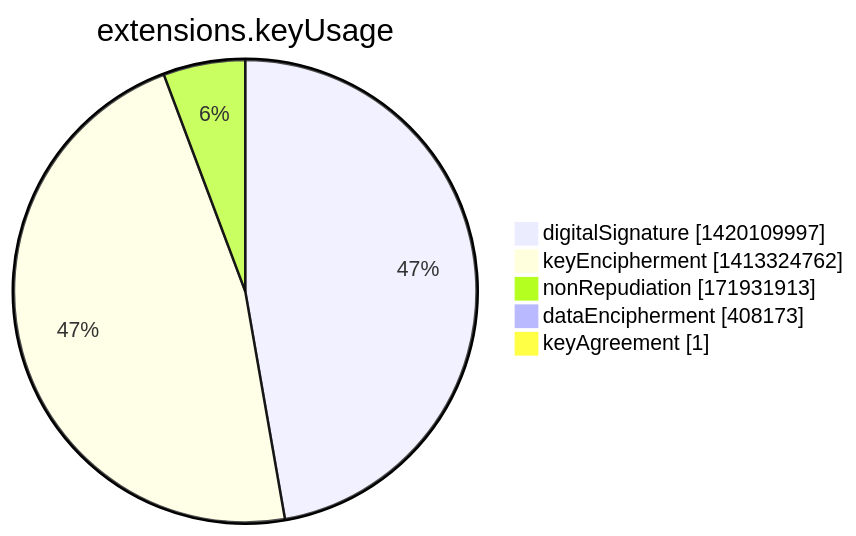
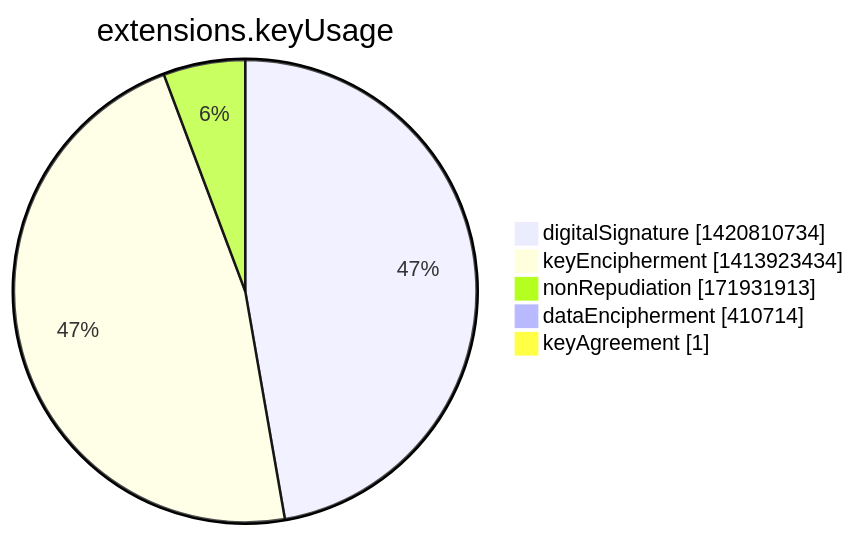
One commit to christiankrug/ctmonitor_visualization changed the seventh of 15 diagrams in argon2022/README.md. Above: the diagram before and after it, drawn with Mermaid. The commit also changed other lines of this file, not shown here.

````diff
--- a/argon2022/README.md
+++ b/argon2022/README.md
@@ -2751,9 +2751,9 @@
 ```mermaid
 pie showData
 title extensions.keyUsage
-"digitalSignature" :1420109997
-"keyEncipherment" :1413324762
+"digitalSignature" :1420810734
+"keyEncipherment" :1413923434
 "nonRepudiation" :171931913
-"dataEncipherment" :408173
+"dataEncipherment" :410714
 "keyAgreement" :1
 ```
````
